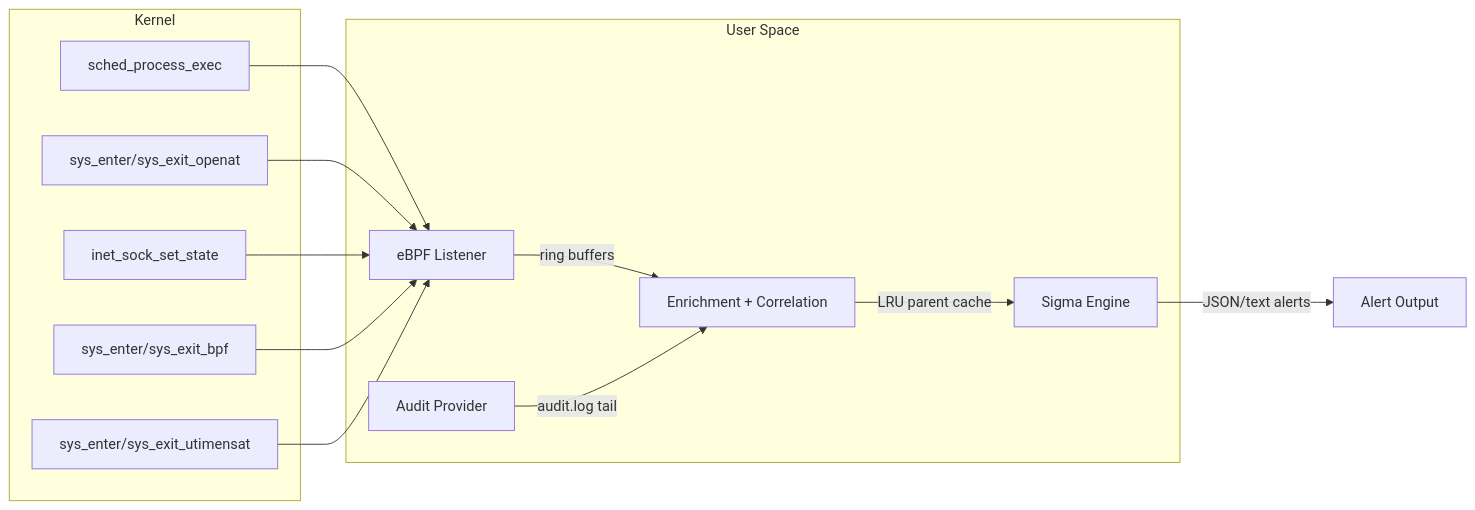
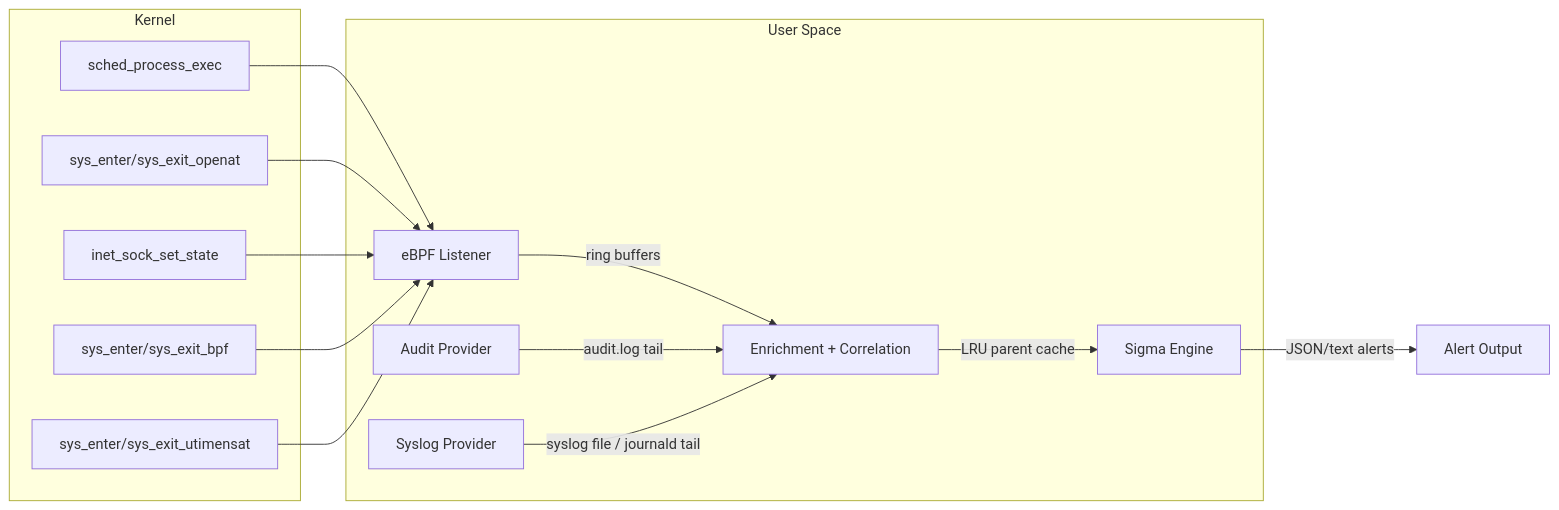
One commit to Nextron-Labs/aurora-linux changed the diagram in README.md. Above: the diagram before and after it, drawn with Mermaid. The commit also changed other lines of this file, not shown here.

````diff
--- a/README.md
+++ b/README.md
@@ -9,27 +9,29 @@
 ```mermaid
 flowchart LR
   subgraph KERNEL["Kernel"]
     E1["sched_process_exec"]
     E2["sys_enter/sys_exit_openat"]
     E3["inet_sock_set_state"]
     E4["sys_enter/sys_exit_bpf"]
     E5["sys_enter/sys_exit_utimensat"]
   end
 
   subgraph USER["User Space"]
     L["eBPF Listener"]
     AU["Audit Provider"]
+    SY["Syslog Provider"]
     C["Enrichment + Correlation"]
     S["Sigma Engine"]
   end
 
   E1 --> L
   E2 --> L
   E3 --> L
   E4 --> L
   E5 --> L
   L -->|ring buffers| C
   AU -->|audit.log tail| C
+  SY -->|syslog file / journald tail| C
   C -->|LRU parent cache| S
   S -->|JSON/text alerts| A["Alert Output"]
 ```
````
